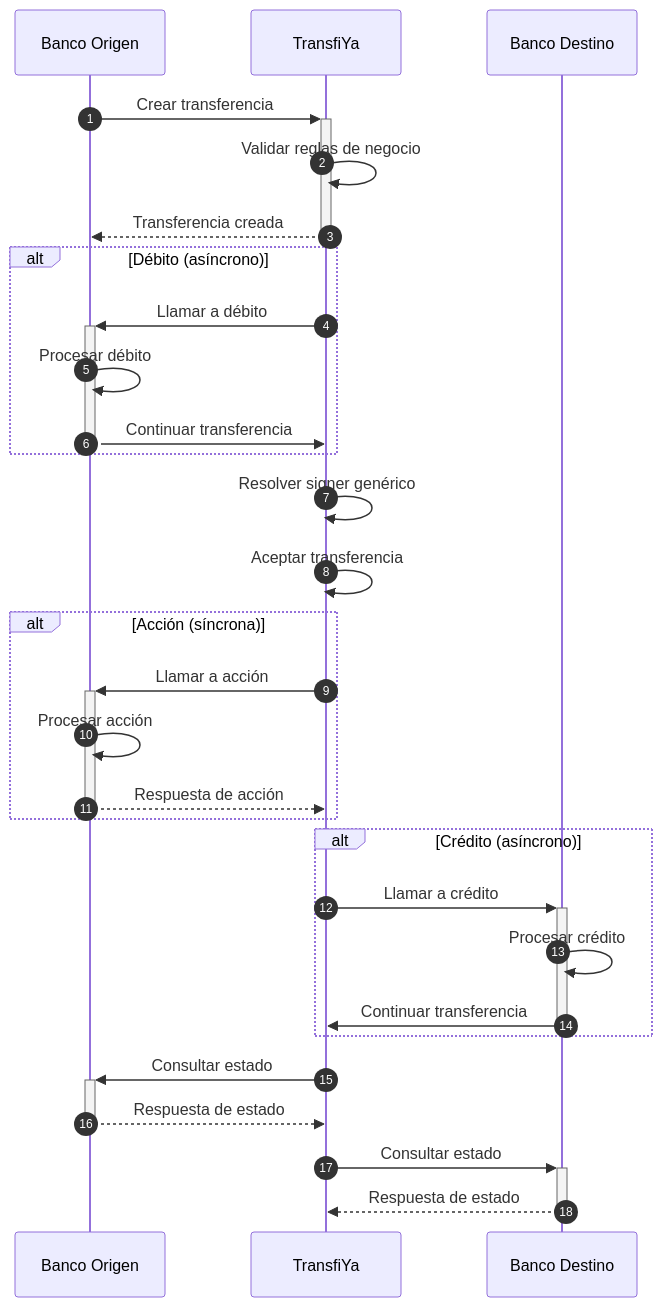
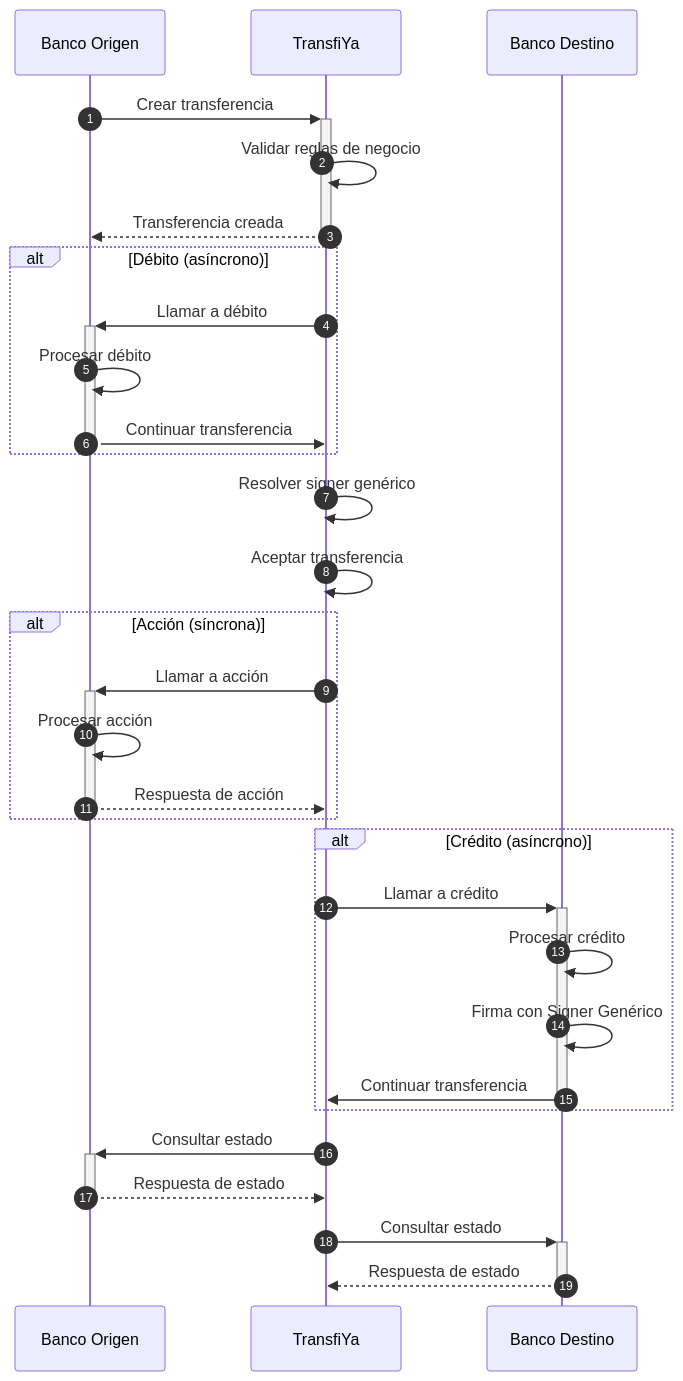
Before and after one commit to dom-minka/docs: the third of 3 diagrams in es/v1.85/b2b/guides/how-to-create-transfer.mdx, drawn with Mermaid. The commit also changed other lines of this file, not shown here.

````diff
--- a/es/v1.85/b2b/guides/how-to-create-transfer.mdx
+++ b/es/v1.85/b2b/guides/how-to-create-transfer.mdx
@@ -148,38 +149,39 @@
     ```mermaid
     sequenceDiagram
       autonumber
       participant sb as Banco Origen
       participant ty as TransfiYa
       participant tb as Banco Destino
     
       sb ->>+ ty: Crear transferencia
       ty ->> ty: Validar reglas de negocio
       ty -->>- sb: Transferencia creada
     
       alt Débito (asíncrono)
         ty ->>+ sb: Llamar a débito
         sb ->> sb: Procesar débito
         sb ->> -ty: Continuar transferencia
       end
     
       ty ->> ty: Resolver signer genérico
       ty ->> ty: Aceptar transferencia
     
       alt Acción (síncrona)
         ty ->>+ sb: Llamar a acción
         sb ->> sb: Procesar acción
         sb -->>- ty: Respuesta de acción
       end
     
       alt Crédito (asíncrono)
         ty ->>+ tb: Llamar a crédito
         tb ->> tb: Procesar crédito
+        tb ->> tb: Firma con Signer Genérico
         tb ->> -ty: Continuar transferencia
       end
     
       ty ->>+ sb: Consultar estado
       sb -->>- ty: Respuesta de estado
     
       ty ->>+ tb: Consultar estado
       tb -->>- ty: Respuesta de estado
     ```
````
